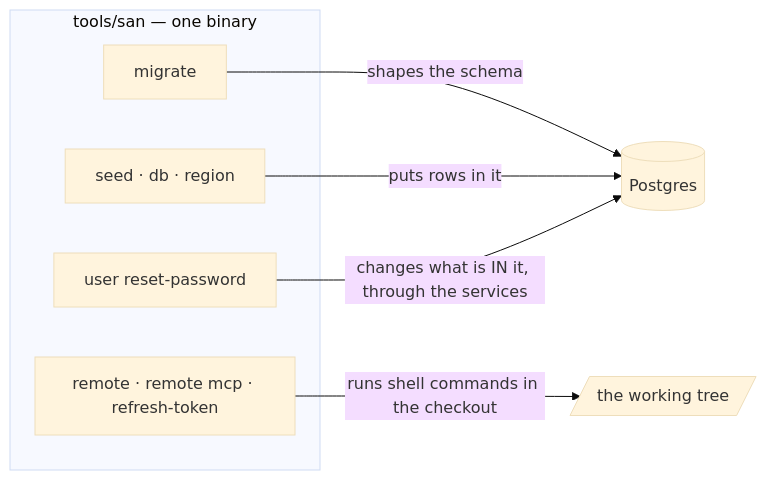
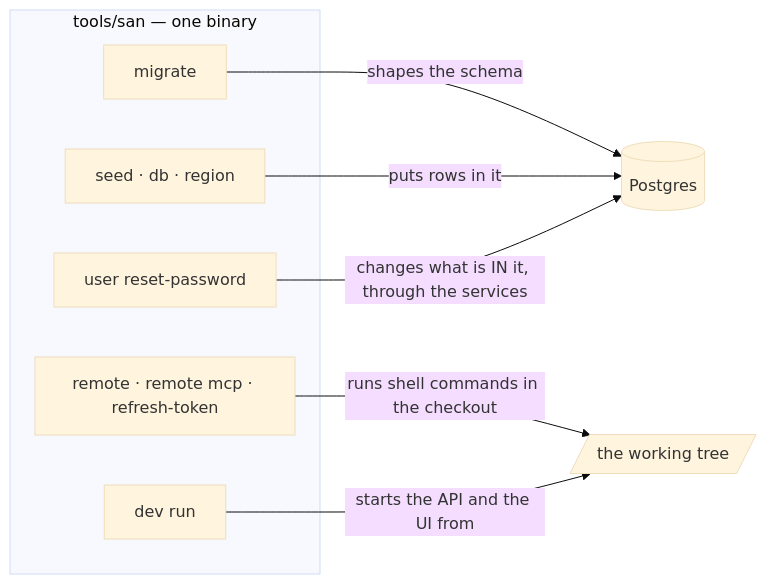
One commit to pdcgo/warehouse_revamp changed the first of 12 diagrams in docs/tools/san.md. Above: the diagram before and after it, drawn with Mermaid (base theme). The commit also changed other lines of this file and 13 other files, not shown here.

First line of the commit message:
san: dev run — the dev stack (docker, API, UI) in one terminal

````diff
--- a/docs/tools/san.md
+++ b/docs/tools/san.md
@@ -28,13 +29,15 @@
 ```mermaid
 flowchart LR
     subgraph san["tools/san — one binary"]
         M["migrate"]
         S["seed · db · region"]
         U["user reset-password"]
         R["remote · remote mcp · refresh-token"]
+        V["dev run"]
     end
     M -->|"shapes the schema"| DB[(Postgres)]
     S -->|"puts rows in it"| DB
     U -->|"changes what is IN it, through the services"| DB
     R -->|"runs shell commands in the checkout"| WS[/"the working tree"/]
+    V -->|"starts the API and the UI from"| WS
 ```
````
